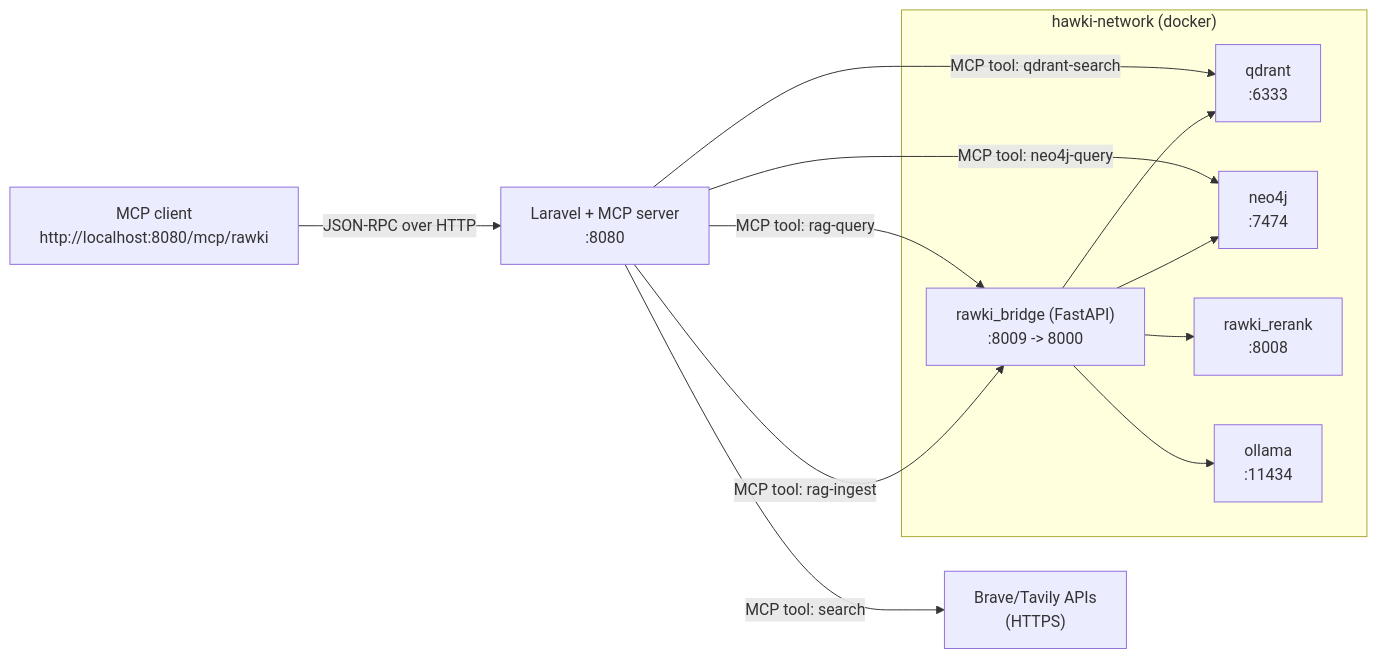
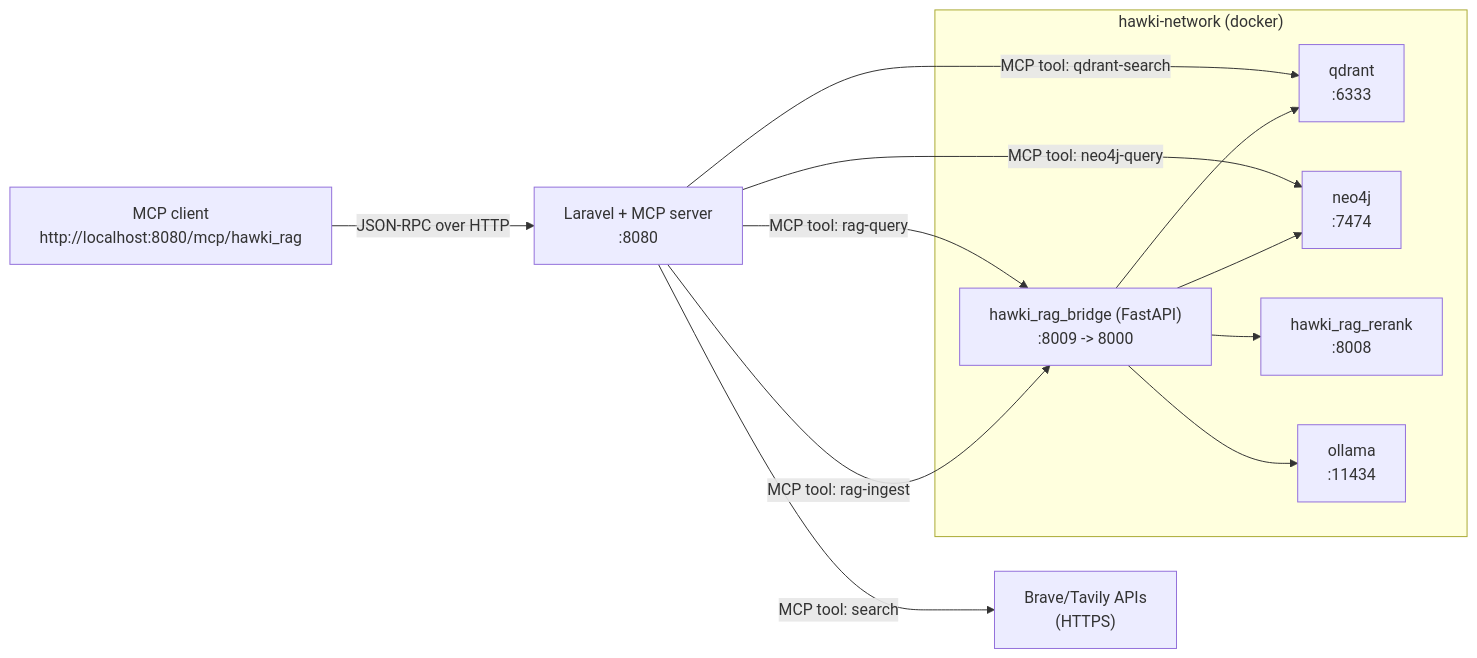
The diagram in docs/mcp-flow.mermaid (hawk-digital-environments/HAWKI-RAG), drawn with Mermaid before and after one commit. The commit also changed 53 other files, not shown here.

Commit message:
Huge name refactor RAWKI > HAWKI_RAG

```diff
--- a/docs/mcp-flow.mermaid
+++ b/docs/mcp-flow.mermaid
@@ -1,25 +1,25 @@
 flowchart LR
-  Client["MCP client\nhttp://localhost:8080/mcp/rawki"]
+  Client["MCP client\nhttp://localhost:8080/mcp/hawki_rag"]
   Laravel["Laravel + MCP server\n:8080"]
 
   subgraph Docker["hawki-network (docker)"]
-    Bridge["rawki_bridge (FastAPI)\n:8009 -> 8000"]
+    Bridge["hawki_rag_bridge (FastAPI)\n:8009 -> 8000"]
     Qdrant["qdrant\n:6333"]
     Neo4j["neo4j\n:7474"]
-    Rerank["rawki_rerank\n:8008"]
+    Rerank["hawki_rag_rerank\n:8008"]
     Ollama["ollama\n:11434"]
   end
 
   Search["Brave/Tavily APIs\n(HTTPS)"]
 
   Client -->|JSON-RPC over HTTP| Laravel
   Laravel -->|MCP tool: rag-query| Bridge
   Laravel -->|MCP tool: rag-ingest| Bridge
   Laravel -->|MCP tool: qdrant-search| Qdrant
   Laravel -->|MCP tool: neo4j-query| Neo4j
   Laravel -->|MCP tool: search| Search
 
   Bridge --> Qdrant
   Bridge --> Neo4j
   Bridge --> Rerank
   Bridge --> Ollama
```
